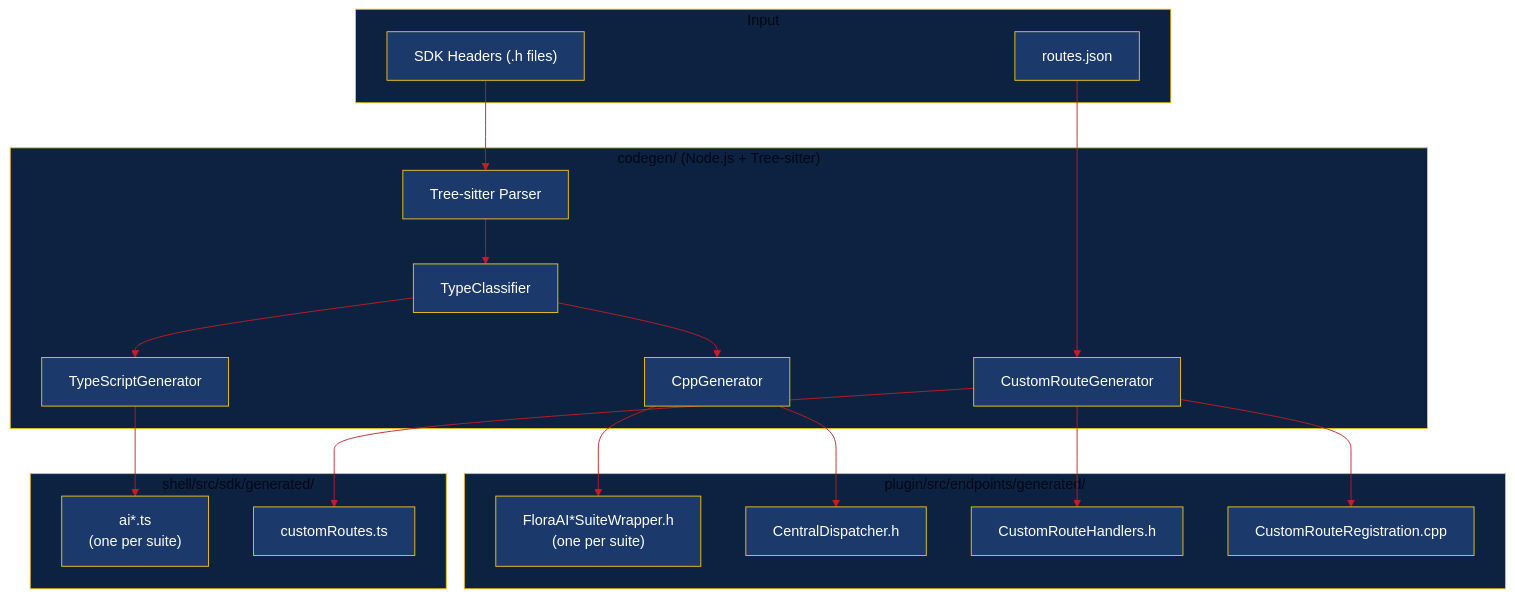
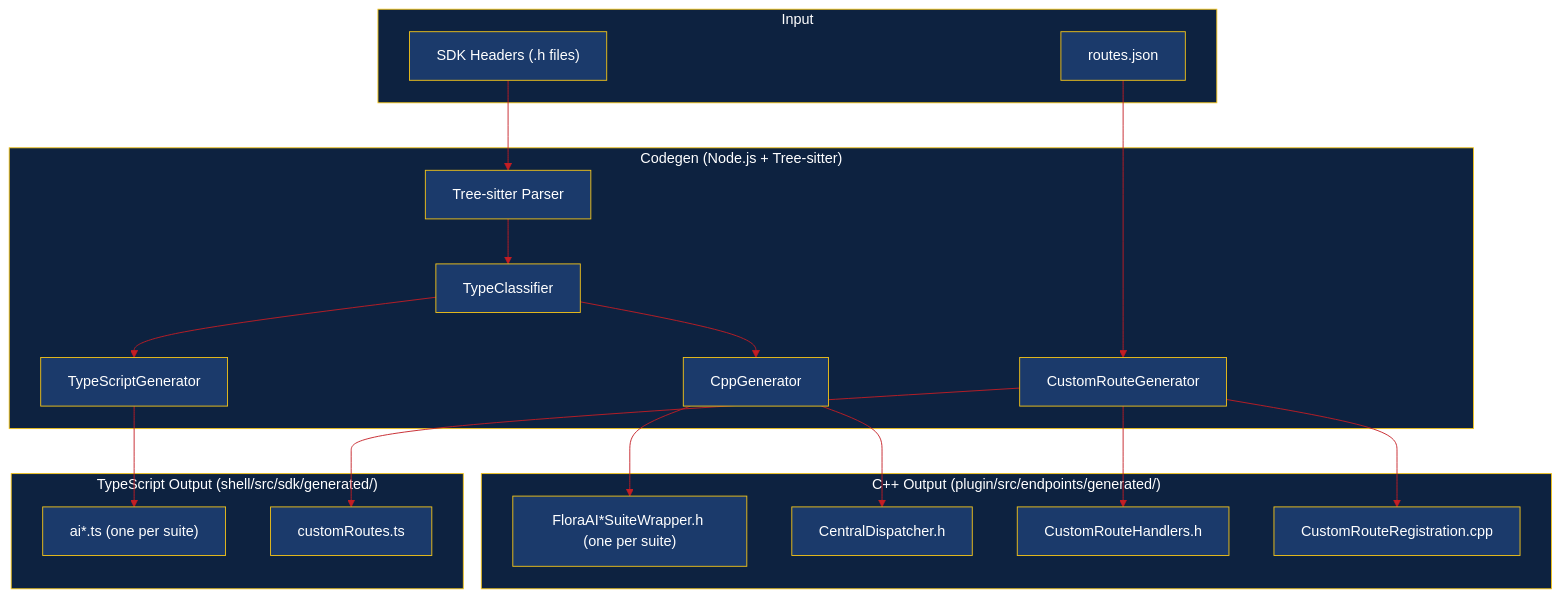
One commit to ByteBard97/nuxp changed the third of 4 diagrams in docs/ARCHITECTURE.md. Above: the diagram before and after it, drawn with Mermaid. The commit also changed other lines of this file, not shown here.

Commit message:
docs: fix diagram readability — gold cluster labels, remove literal backslash-n

````diff
--- a/docs/ARCHITECTURE.md
+++ b/docs/ARCHITECTURE.md
@@ -203,50 +203,52 @@
 ```mermaid
 %%{init: {'theme': 'base', 'themeVariables': {
   'primaryColor': '#1B3A6B',
   'primaryTextColor': '#FFFFFF',
   'primaryBorderColor': '#F5C518',
   'lineColor': '#C41E24',
   'secondaryColor': '#F5C518',
-  'tertiaryColor': '#FFF8E7',
+  'tertiaryColor': '#2A5298',
+  'tertiaryTextColor': '#FFFFFF',
   'clusterBkg': '#0D2240',
-  'clusterBorder': '#F5C518'
+  'clusterBorder': '#F5C518',
+  'clusterTextColor': '#F5C518'
 }}}%%
 flowchart TB
-    subgraph Input
+    subgraph Input [" Input "]
         SDK["SDK Headers (.h files)"]
         Routes["routes.json"]
     end
 
-    subgraph Codegen["codegen/ (Node.js + Tree-sitter)"]
+    subgraph Codegen [" Codegen (Node.js + Tree-sitter) "]
         Parser["Tree-sitter Parser"]
         TC["TypeClassifier"]
         CppGen["CppGenerator"]
         TsGen["TypeScriptGenerator"]
         CRGen["CustomRouteGenerator"]
     end
 
-    subgraph Output_CPP["plugin/src/endpoints/generated/"]
-        Wrappers["FloraAI*SuiteWrapper.h\n(one per suite)"]
+    subgraph Output_CPP [" C++ Output (plugin/src/endpoints/generated/) "]
+        Wrappers["FloraAI*SuiteWrapper.h (one per suite)"]
         Central["CentralDispatcher.h"]
         CRHandlers["CustomRouteHandlers.h"]
         CRReg["CustomRouteRegistration.cpp"]
     end
 
-    subgraph Output_TS["shell/src/sdk/generated/"]
-        TsClients["ai*.ts\n(one per suite)"]
+    subgraph Output_TS [" TypeScript Output (shell/src/sdk/generated/) "]
+        TsClients["ai*.ts (one per suite)"]
         TsCustom["customRoutes.ts"]
     end
 
     SDK --> Parser
     Parser --> TC
     TC --> CppGen
     TC --> TsGen
     CppGen --> Wrappers
     CppGen --> Central
     TsGen --> TsClients
 
     Routes --> CRGen
     CRGen --> CRHandlers
     CRGen --> CRReg
     CRGen --> TsCustom
 ```
````
